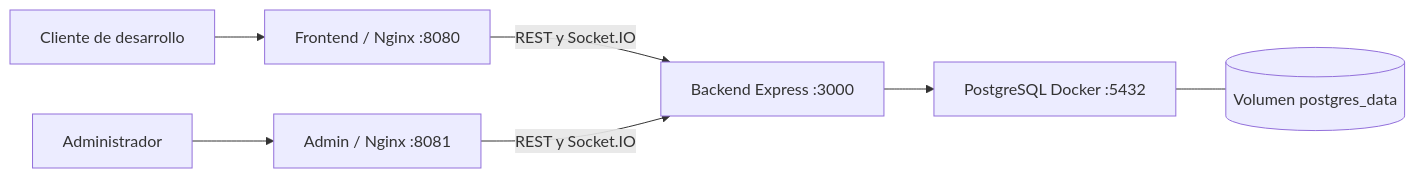
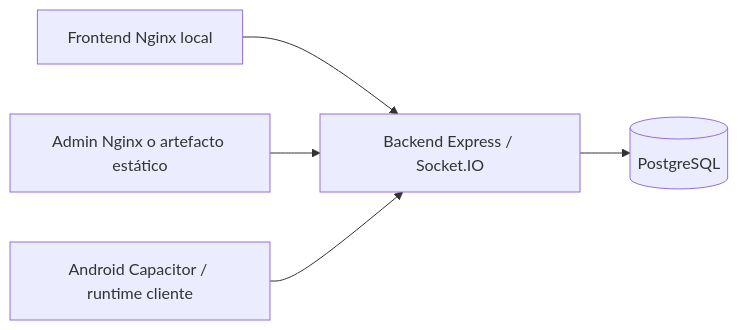
The diagram in docs/ARCHITECTURE.md (NicolasAG-pe/Sedapal), drawn with Mermaid before and after one commit. The commit also changed other lines of this file and 23 other files, not shown here.

````diff
--- a/docs/ARCHITECTURE.md
+++ b/docs/ARCHITECTURE.md
@@ -7,9 +5,7 @@
 ```mermaid
 flowchart LR
-    U[Cliente de desarrollo] --> W[Frontend / Nginx :8080]
-    A[Administrador] --> N[Admin / Nginx :8081]
-    W -->|REST y Socket.IO| B[Backend Express :3000]
-    N -->|REST y Socket.IO| B
-    B --> D[PostgreSQL Docker :5432]
-    D --- V[(Volumen postgres_data)]
+  W[Frontend Nginx local] --> API[Backend Express / Socket.IO]
+  A[Admin Nginx o artefacto estático] --> API
+  M[Android Capacitor / runtime cliente] --> API
+  API --> DB[(PostgreSQL)]
 ```
````
